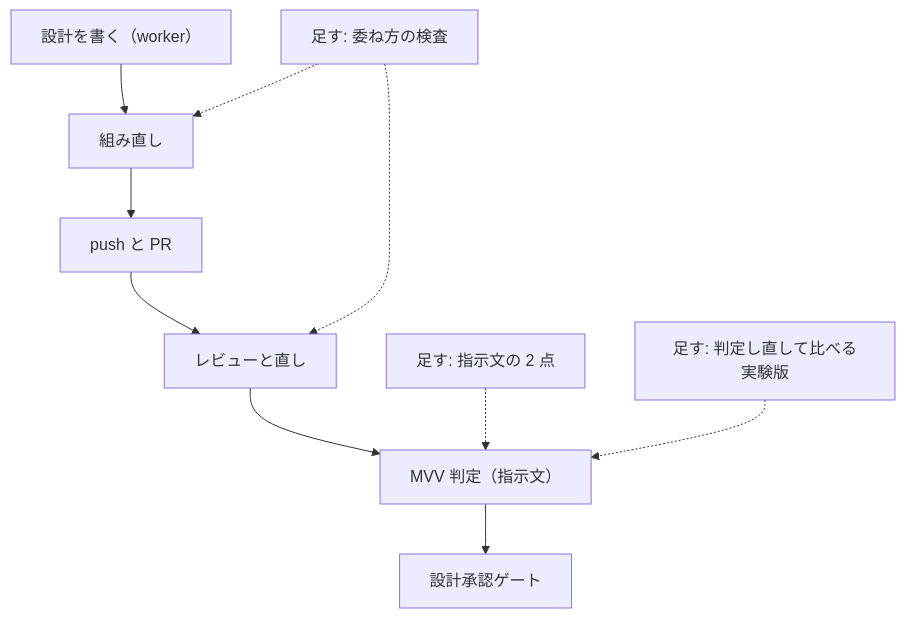
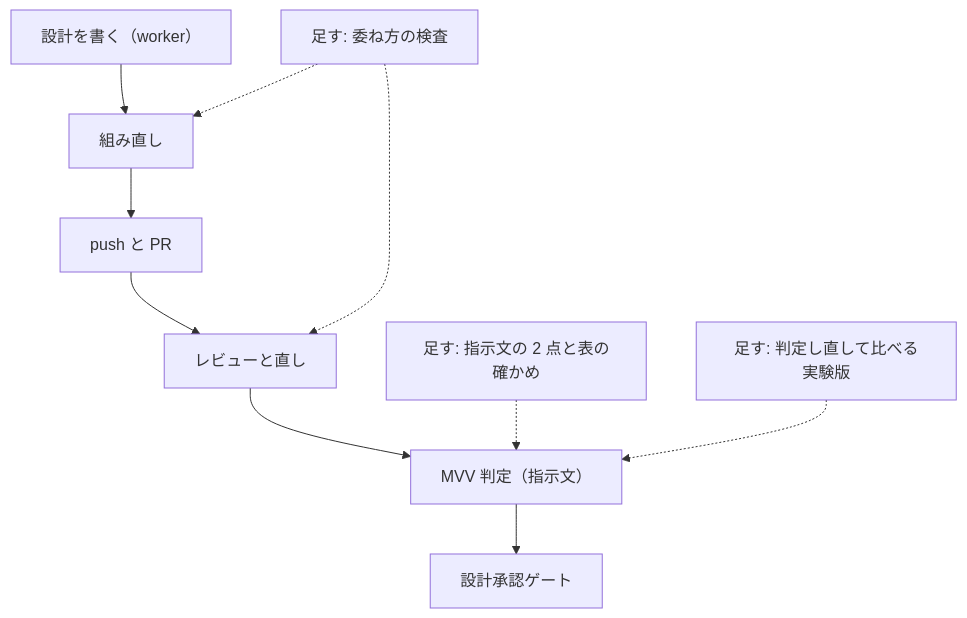
One commit to devbasex/ai-plugins changed the first of 4 diagrams in issues/issue-2912-design.md. Above: the diagram before and after it, drawn with Mermaid. The commit also changed other lines of this file and 1 other file, not shown here.

````diff
--- a/issues/issue-2912-design.md
+++ b/issues/issue-2912-design.md
@@ -12,12 +12,12 @@
 ```mermaid
 graph TD
     A["設計を書く（worker）"] --> B["組み直し"]
     B --> C["push と PR"]
     C --> D["レビューと直し"]
     D --> E["MVV 判定（指示文）"]
     E --> F["設計承認ゲート"]
     X["足す: 委ね方の検査"] -.-> B
     X -.-> D
-    Y["足す: 指示文の 2 点"] -.-> E
+    Y["足す: 指示文の 2 点と表の確かめ"] -.-> E
     Z["足す: 判定し直して比べる実験版"] -.-> E
 ```
````
